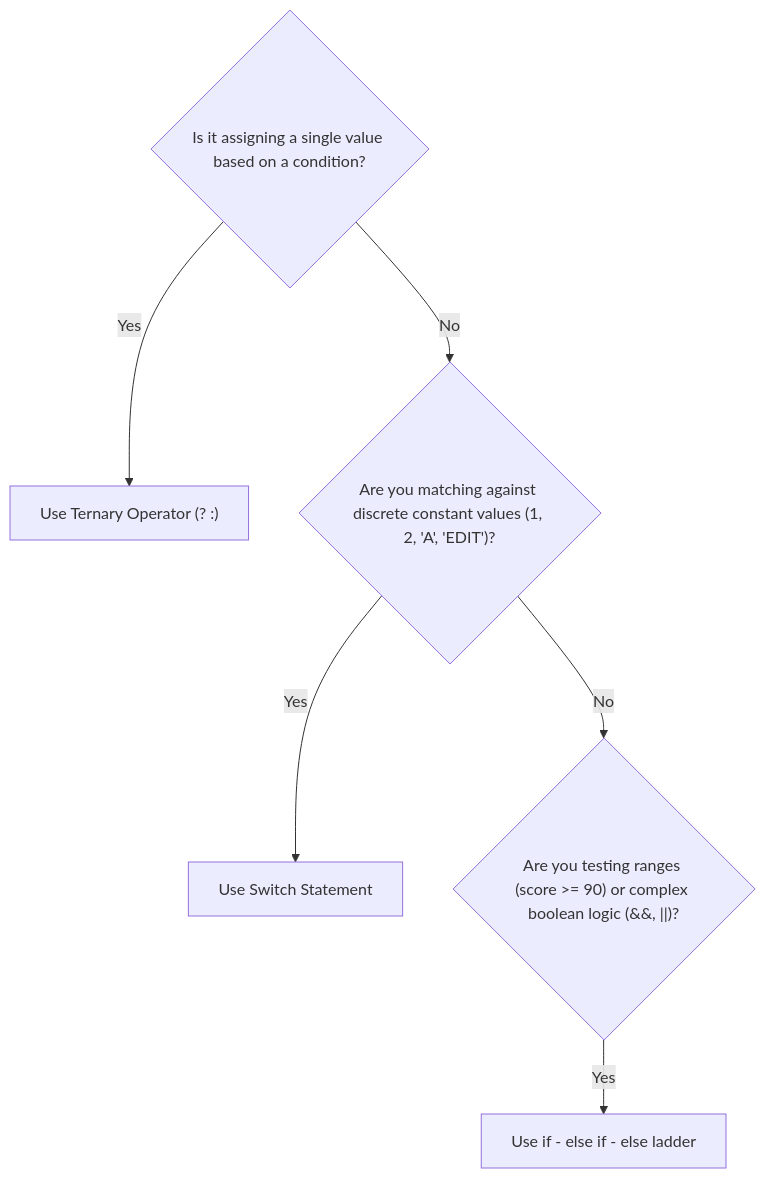
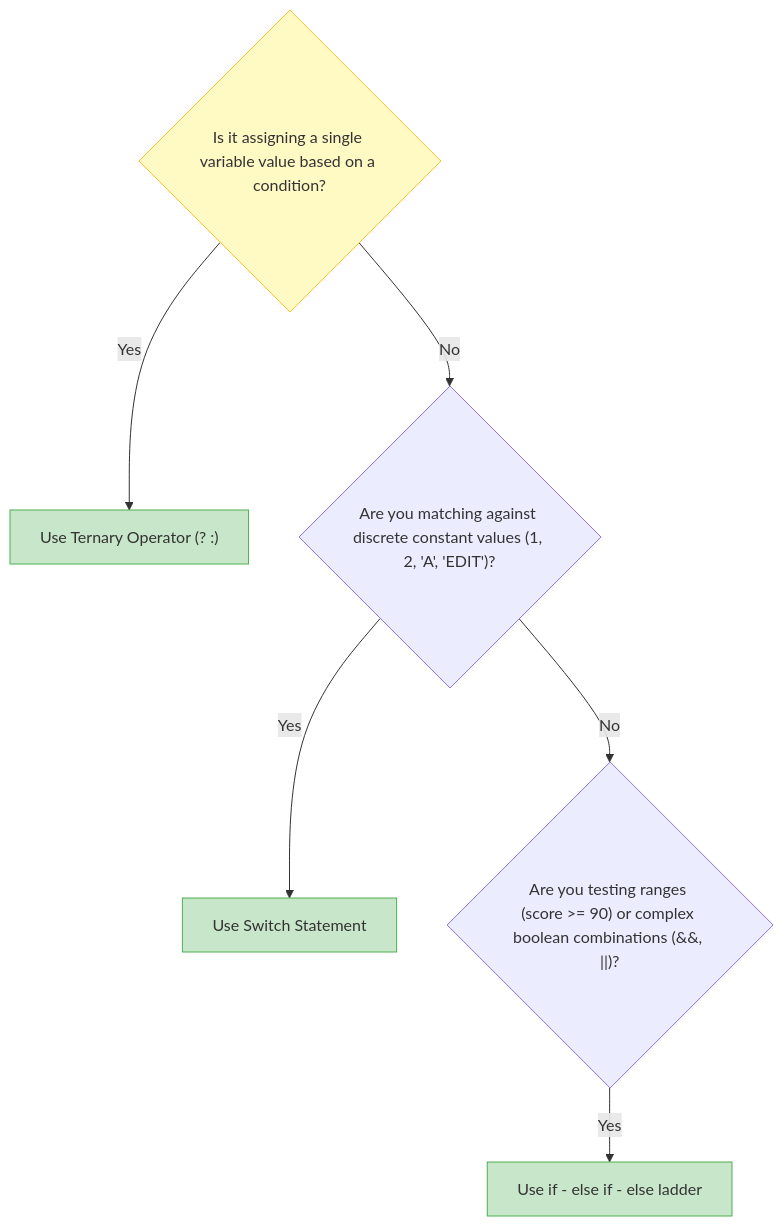
One commit to Mokshagnatej/Java-course changed the second of 3 diagrams in src/conditional_statements/README.md. Above: the diagram before and after it, drawn with Mermaid. The commit also changed other lines of this file and 15 other files, not shown here.

````diff
--- a/src/conditional_statements/README.md
+++ b/src/conditional_statements/README.md
@@ -52,9 +105,14 @@
 ```mermaid
 graph TD
-    Q1{"Is it assigning a single value based on a condition?"}
+    Q1{"Is it assigning a single variable value based on a condition?"}
     Q1 -- Yes --> TERNARY["Use Ternary Operator (? :)"]
     Q1 -- No --> Q2{"Are you matching against discrete constant values (1, 2, 'A', 'EDIT')?"}
     Q2 -- Yes --> SWITCH["Use Switch Statement"]
-    Q2 -- No --> Q3{"Are you testing ranges (score >= 90) or complex boolean logic (&&, ||)?"}
+    Q2 -- No --> Q3{"Are you testing ranges (score >= 90) or complex boolean combinations (&&, ||)?"}
     Q3 -- Yes --> IF_LADDER["Use if - else if - else ladder"]
+
+    style Q1 fill:#FFF9C4,stroke:#FBC02D
+    style TERNARY fill:#C8E6C9,stroke:#4CAF50
+    style SWITCH fill:#C8E6C9,stroke:#4CAF50
+    style IF_LADDER fill:#C8E6C9,stroke:#4CAF50
 ```
````
